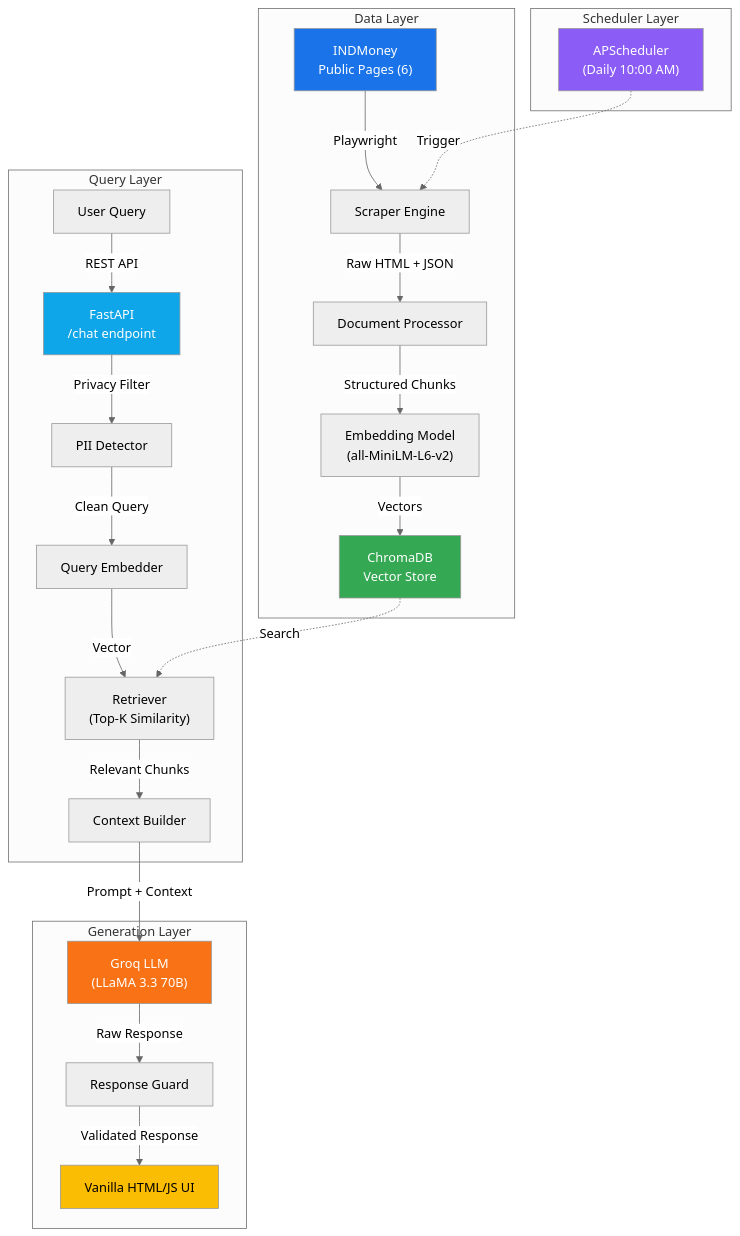
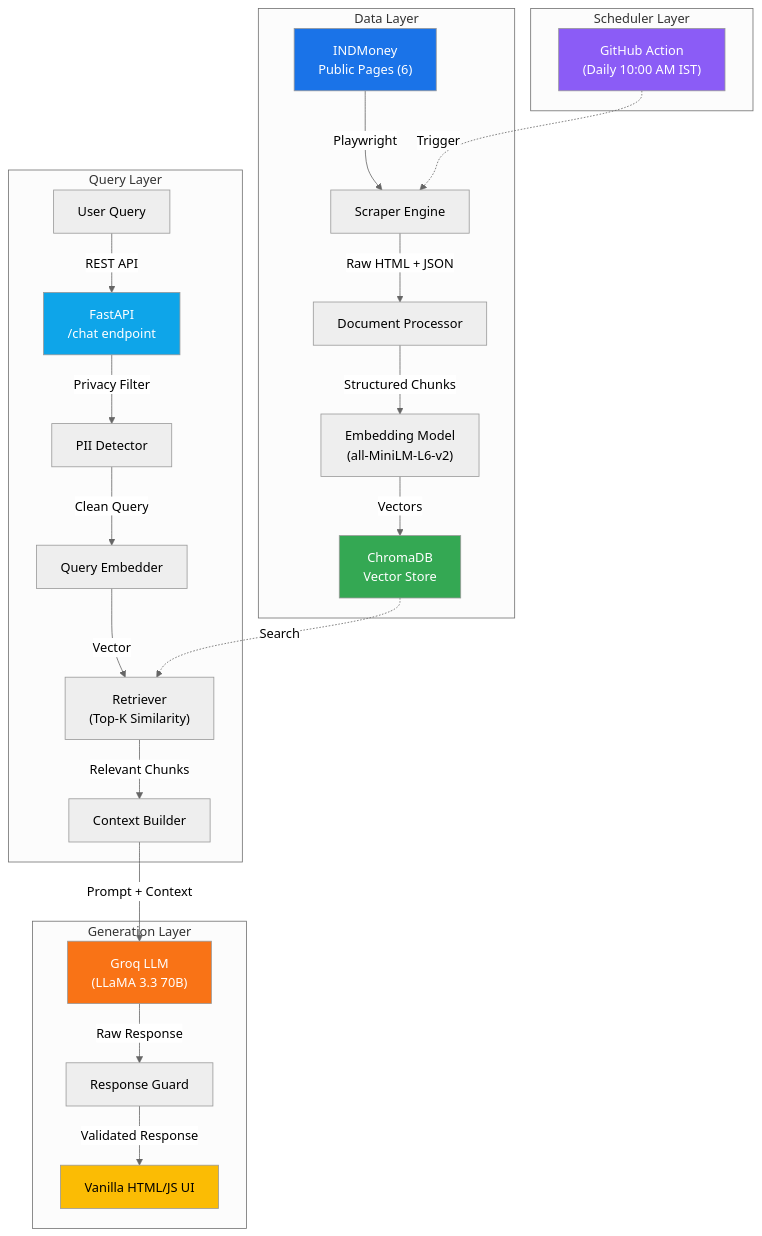
One commit to terse2103/RAG-based-Mutual-Fund-FAQ-Chatbot changed the first of 6 diagrams in Architecture.md. Above: the diagram before and after it, drawn with Mermaid (neutral theme). The commit also changed other lines of this file and 5 other files, not shown here.

````diff
--- a/Architecture.md
+++ b/Architecture.md
@@ -29,35 +29,35 @@
 ```mermaid
 graph TB
     subgraph "Data Layer"
         A["INDMoney<br/>Public Pages (6)"] -->|Playwright| B["Scraper Engine"]
         B -->|Raw HTML + JSON| C["Document Processor"]
         C -->|Structured Chunks| D["Embedding Model<br/>(all-MiniLM-L6-v2)"]
         D -->|Vectors| E["ChromaDB<br/>Vector Store"]
     end
 
     subgraph "Scheduler Layer"
-        S["APScheduler<br/>(Daily 10:00 AM)"] -.->|Trigger| B
+        S["GitHub Action<br/>(Daily 10:00 AM IST)"] -.->|Trigger| B
     end
 
     subgraph "Query Layer"
         F["User Query"] -->|REST API| N["FastAPI<br/>/chat endpoint"]
         N -->|Privacy Filter| G["PII Detector"]
         G -->|Clean Query| H["Query Embedder"]
         H -->|Vector| I["Retriever<br/>(Top-K Similarity)"]
         I -->|Relevant Chunks| J["Context Builder"]
         E -.->|Search| I
     end
 
     subgraph "Generation Layer"
         J -->|Prompt + Context| K["Groq LLM<br/>(LLaMA 3.3 70B)"]
         K -->|Raw Response| L["Response Guard"]
         L -->|Validated Response| M["Vanilla HTML/JS UI"]
     end
 
     style A fill:#1a73e8,color:#fff
     style E fill:#34a853,color:#fff
     style K fill:#f97316,color:#fff
     style M fill:#fbbc04,color:#000
     style S fill:#8b5cf6,color:#fff
     style N fill:#0ea5e9,color:#fff
 ```
````
